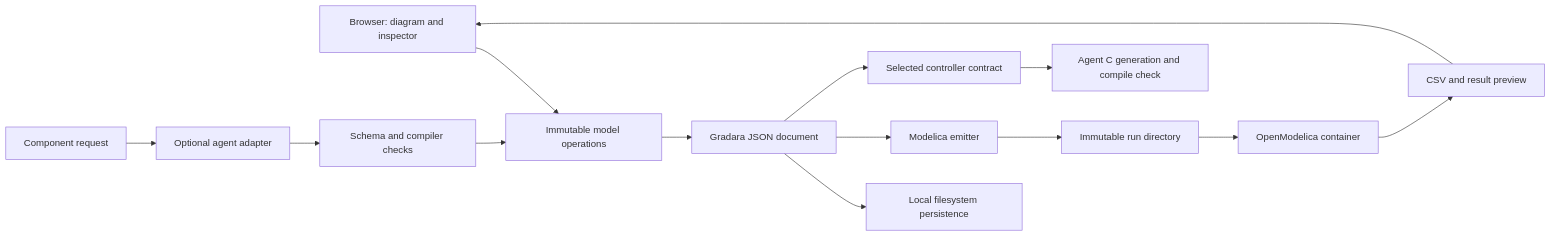
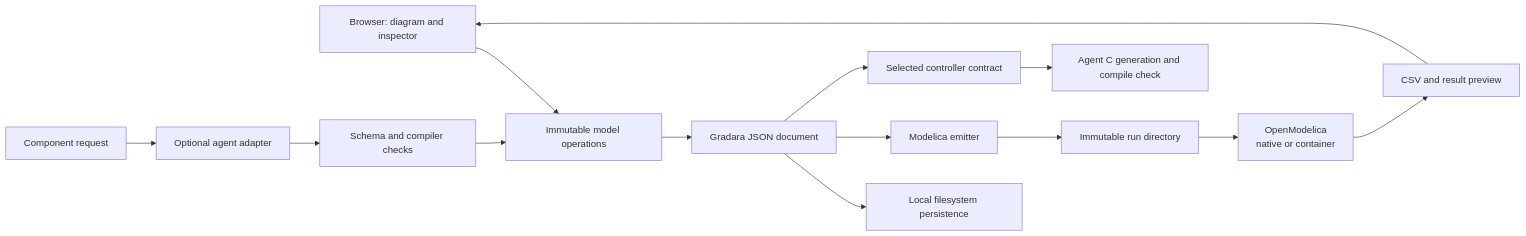
One commit to edgaralejod/gradara changed the diagram in ARCHITECTURE.md. Above: the diagram before and after it, drawn with Mermaid. The commit also changed other lines of this file and 23 other files, not shown here.

````diff
--- a/ARCHITECTURE.md
+++ b/ARCHITECTURE.md
@@ -30,16 +30,16 @@
 ```mermaid
 flowchart LR
     UI[Browser: diagram and inspector] --> CMD[Immutable model operations]
     CMD --> DOC[Gradara JSON document]
     DOC --> SAVE[Local filesystem persistence]
     DOC --> EMIT[Modelica emitter]
     EMIT --> JOB[Immutable run directory]
-    JOB --> OM[OpenModelica container]
+    JOB --> OM[OpenModelica<br>native or container]
     OM --> RESULT[CSV and result preview]
     RESULT --> UI
     ASK[Component request] --> AGENT[Optional agent adapter]
     AGENT --> CHECK[Schema and compiler checks]
     CHECK --> CMD
     DOC --> EXPORT[Selected controller contract]
     EXPORT --> C[Agent C generation and compile check]
 ```
````
